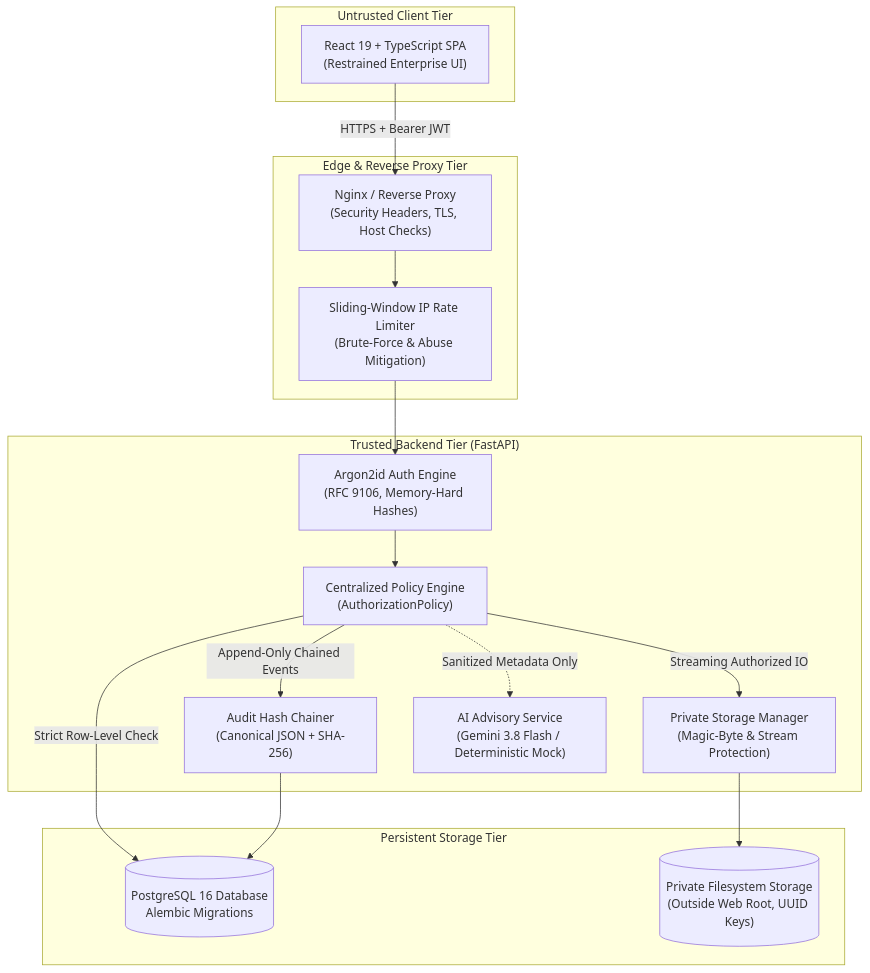
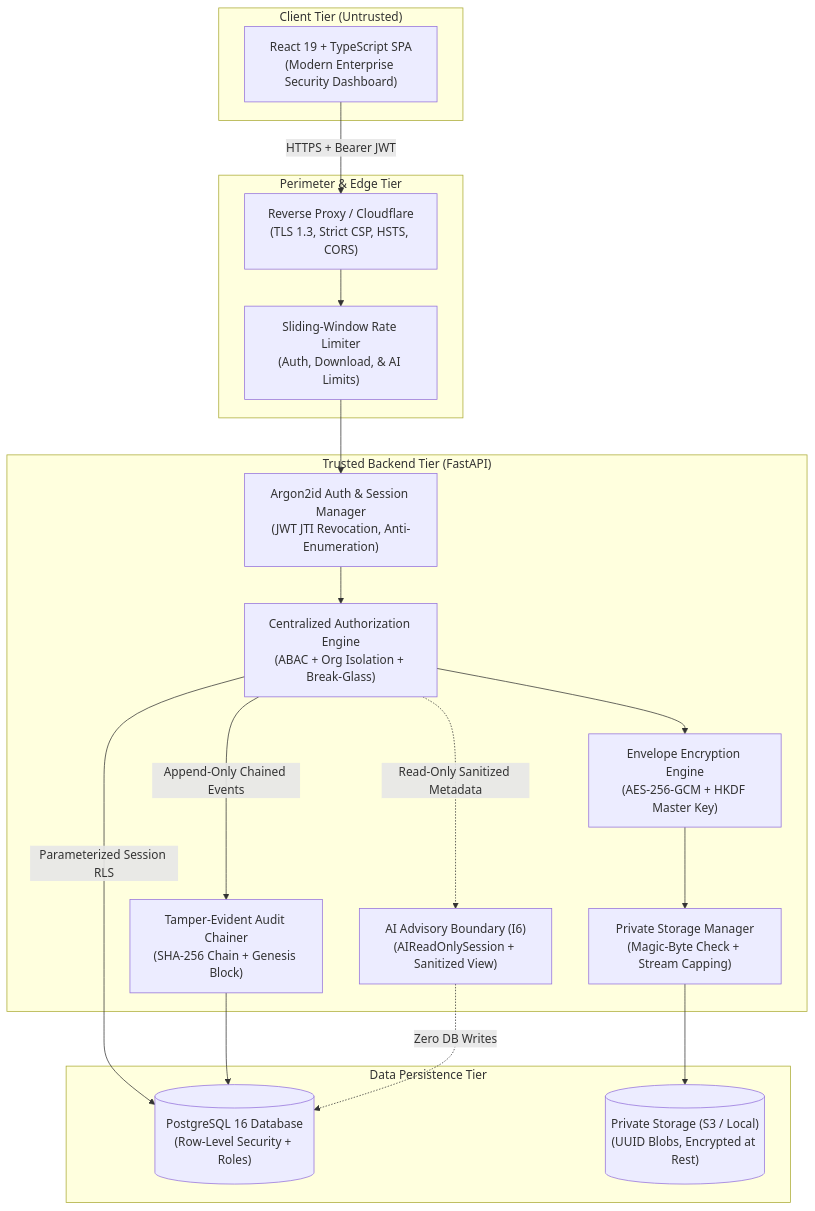
The first of 3 diagrams in README.md (Narendra-1715/Trust_Vault), drawn with Mermaid before and after one commit. The commit also changed other lines of this file, not shown here.

Commit message:
docs: streamline README with latest security architecture, RLS, envelope encryption, and test suite

````diff
--- a/README.md
+++ b/README.md
@@ -58,35 +88,38 @@
 ```mermaid
 flowchart TD
-    subgraph ClientLayer["Untrusted Client Tier"]
-        Browser["React 19 + TypeScript SPA<br/>(Restrained Enterprise UI)"]
+    subgraph ClientLayer["Client Tier (Untrusted)"]
+        Browser["React 19 + TypeScript SPA<br/>(Modern Enterprise Security Dashboard)"]
     end
 
-    subgraph Perimeter["Edge & Reverse Proxy Tier"]
-        Proxy["Nginx / Reverse Proxy<br/>(Security Headers, TLS, Host Checks)"]
-        Limiter["Sliding-Window IP Rate Limiter<br/>(Brute-Force & Abuse Mitigation)"]
+    subgraph Perimeter["Perimeter & Edge Tier"]
+        Proxy["Reverse Proxy / Cloudflare<br/>(TLS 1.3, Strict CSP, HSTS, CORS)"]
+        Limiter["Sliding-Window Rate Limiter<br/>(Auth, Download, & AI Limits)"]
     end
 
-    subgraph CoreBackend["Trusted Backend Tier (FastAPI)"]
-        Authn["Argon2id Auth Engine<br/>(RFC 9106, Memory-Hard Hashes)"]
-        PolicyEngine["Centralized Policy Engine<br/>(AuthorizationPolicy)"]
-        StorageEngine["Private Storage Manager<br/>(Magic-Byte & Stream Protection)"]
-        AuditEngine["Audit Hash Chainer<br/>(Canonical JSON + SHA-256)"]
-        AIService["AI Advisory Service<br/>(Gemini 3.8 Flash / Deterministic Mock)"]
+    subgraph Backend["Trusted Backend Tier (FastAPI)"]
+        Authn["Argon2id Auth & Session Manager<br/>(JWT JTI Revocation, Anti-Enumeration)"]
+        Authz["Centralized Authorization Engine<br/>(ABAC + Org Isolation + Break-Glass)"]
+        CryptoEngine["Envelope Encryption Engine<br/>(AES-256-GCM + HKDF Master Key)"]
+        StorageAdapter["Private Storage Manager<br/>(Magic-Byte Check + Stream Capping)"]
+        AuditChainer["Tamper-Evident Audit Chainer<br/>(SHA-256 Chain + Genesis Block)"]
+        AIBoundary["AI Advisory Boundary (I6)<br/>(AIReadOnlySession + Sanitized View)"]
     end
 
-    subgraph Persistence["Persistent Storage Tier"]
-        Postgres[(PostgreSQL 16 Database<br/>Alembic Migrations)]
-        PrivateStorage[("Private Filesystem Storage<br/>(Outside Web Root, UUID Keys)")]
+    subgraph DataTier["Data Persistence Tier"]
+        Postgres[("PostgreSQL 16 Database<br/>(Row-Level Security + Roles)")]
+        VaultStorage[("Private Storage (S3 / Local)<br/>(UUID Blobs, Encrypted at Rest)")]
     end
 
     Browser -->|HTTPS + Bearer JWT| Proxy
     Proxy --> Limiter
     Limiter --> Authn
-    Authn --> PolicyEngine
-    PolicyEngine -->|Strict Row-Level Check| Postgres
-    PolicyEngine -->|Streaming Authorized IO| StorageEngine
-    StorageEngine --> PrivateStorage
-    PolicyEngine -->|Append-Only Chained Events| AuditEngine
-    AuditEngine --> Postgres
-    PolicyEngine -.->|Sanitized Metadata Only| AIService
+    Authn --> Authz
+    Authz --> CryptoEngine
+    CryptoEngine --> StorageAdapter
+    StorageAdapter --> VaultStorage
+    Authz -->|Parameterized Session RLS| Postgres
+    Authz -->|Append-Only Chained Events| AuditChainer
+    AuditChainer --> Postgres
+    Authz -.->|Read-Only Sanitized Metadata| AIBoundary
+    AIBoundary -.->|Zero DB Writes| Postgres
 ```
````
